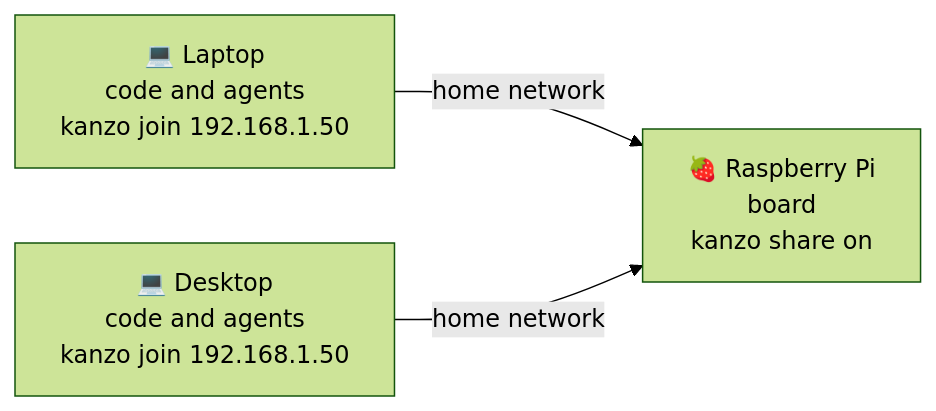
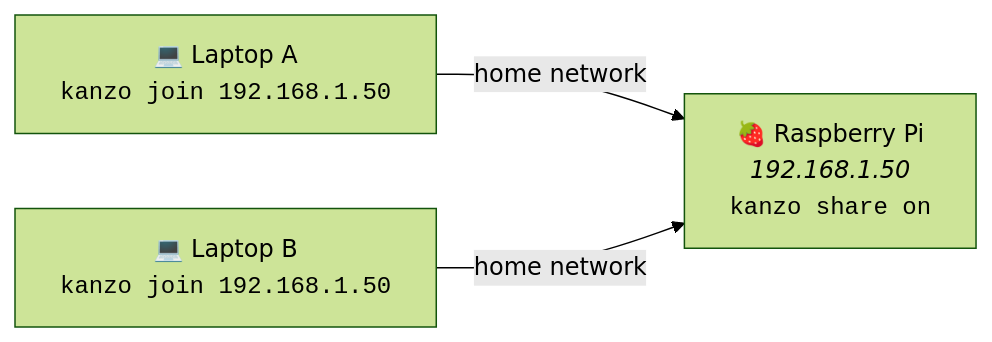
The second of 3 diagrams in README.md (emanuele-em/kanzo), drawn with Mermaid (forest theme) before and after one commit. The commit also changed other lines of this file, not shown here.

First line of the commit message:
Shorten the sharing diagrams in the README

````diff
--- a/README.md
+++ b/README.md
@@ -108,5 +108,5 @@
 ```mermaid
 flowchart LR
-  a["💻 Laptop<br>code and agents<br>kanzo join 192.168.1.50"] -- home network --> pi["🍓 Raspberry Pi<br>board<br>kanzo share on"]
-  b["💻 Desktop<br>code and agents<br>kanzo join 192.168.1.50"] -- home network --> pi
+  A["💻 Laptop A<br><code>kanzo#nbsp;join#nbsp;192.168.1.50</code>"] -- home network --> pi["🍓 Raspberry Pi<br><i>192.168.1.50</i><br><code>kanzo#nbsp;share#nbsp;on</code>"]
+  B["💻 Laptop B<br><code>kanzo#nbsp;join#nbsp;192.168.1.50</code>"] -- home network --> pi
 ```
````
